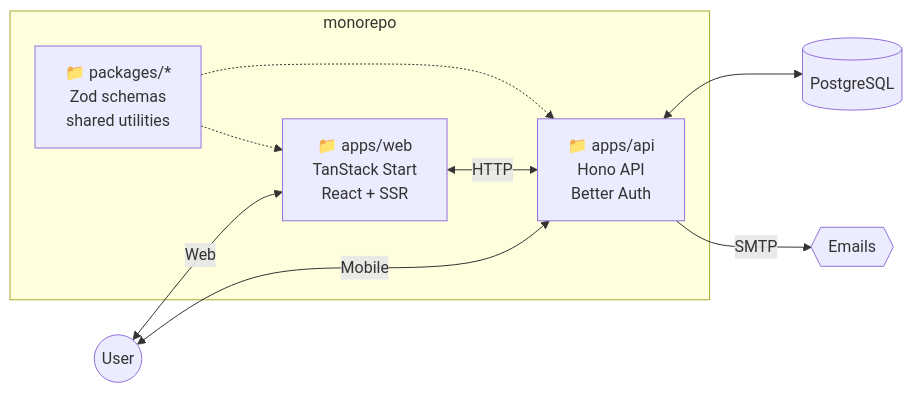
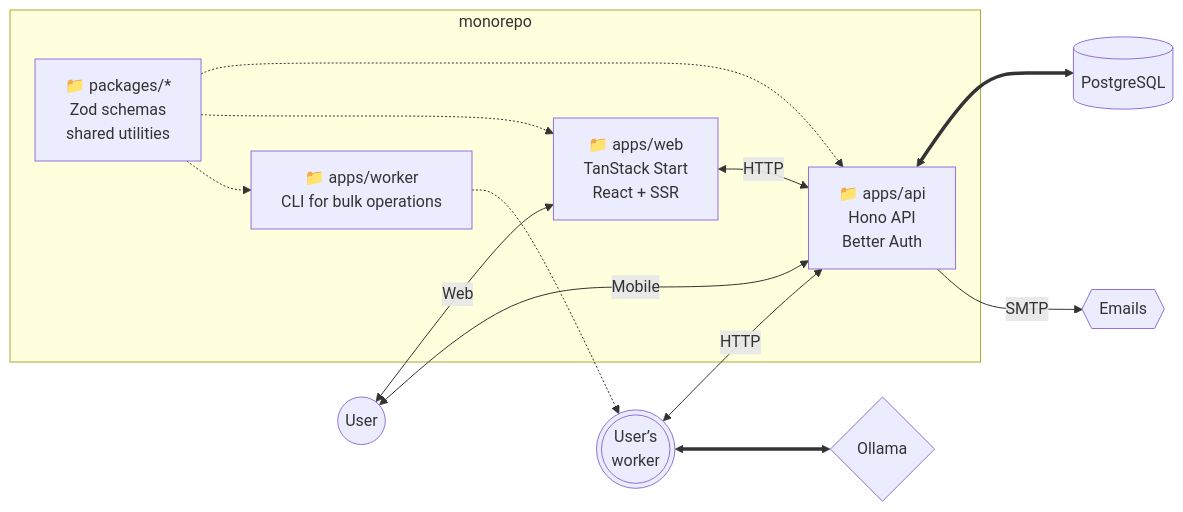
The diagram in README.md (SubZtep/admin-starter), drawn with Mermaid before and after one commit. The commit also changed other lines of this file and 59 other files, not shown here.

````diff
--- a/README.md
+++ b/README.md
@@ -13,22 +16,30 @@
 ```mermaid
 flowchart LR
   subgraph "monorepo"
     A["📁 apps/api<br/>Hono API<br/>Better Auth"]
     W["📁 apps/web<br/>TanStack Start<br/>React + SSR"]
-    S["📁 packages/*<br/>Zod schemas<br/>shared utilities"]
+    P["📁 packages/*<br/>Zod schemas<br/>shared utilities"]
+    WW["📁 apps/worker<br/>CLI for bulk operations"]
   end
 
   U((User))
+  UW(((User’s
+    worker)))
   D[(PostgreSQL)]
   E{{Emails}}
+  O{Ollama}
 
-  S -.-> A
-  S -.-> W
+  P -.-> A
+  P -.-> W
+  P -.-> WW
 
   U <-->|Web| W
   U <-->|Mobile| A
+  UW <-->|HTTP| A
+  UW <==> O
+  WW -.-> UW
 
   W <-->|HTTP| A
-  A <--> D
+  A <==> D
   A -->|SMTP| E
 ```
````
